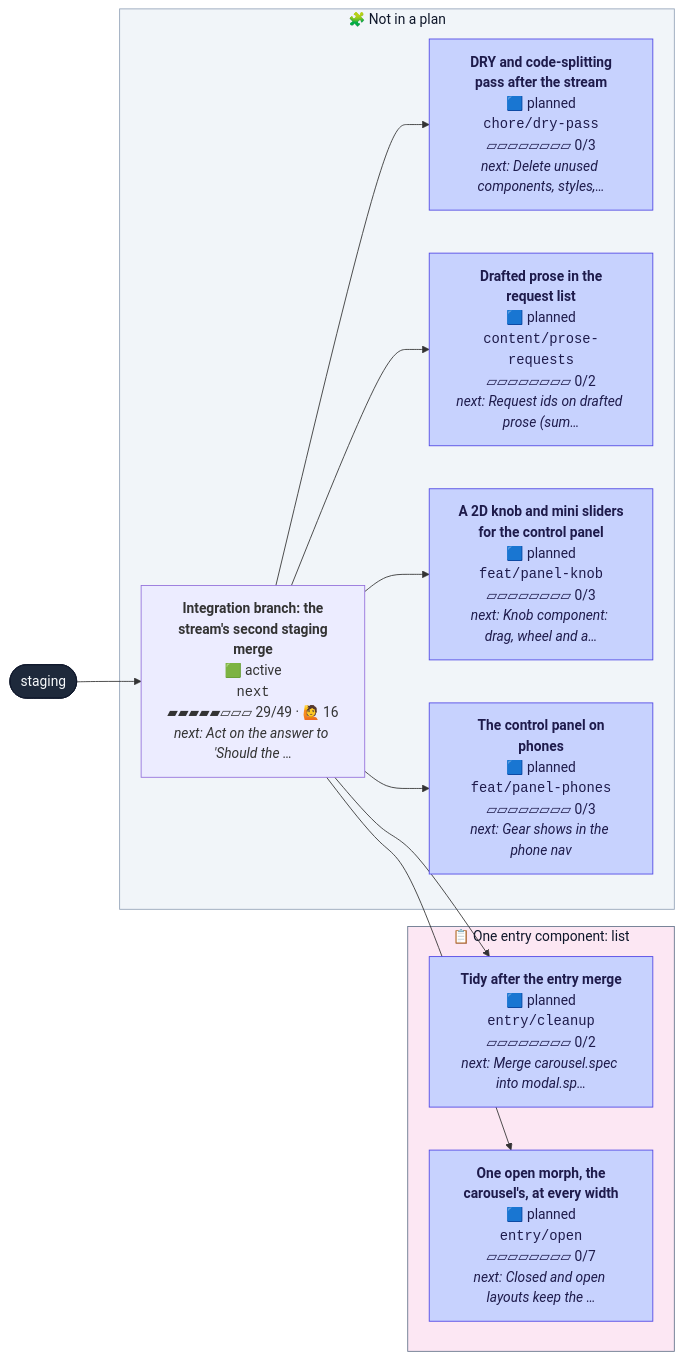
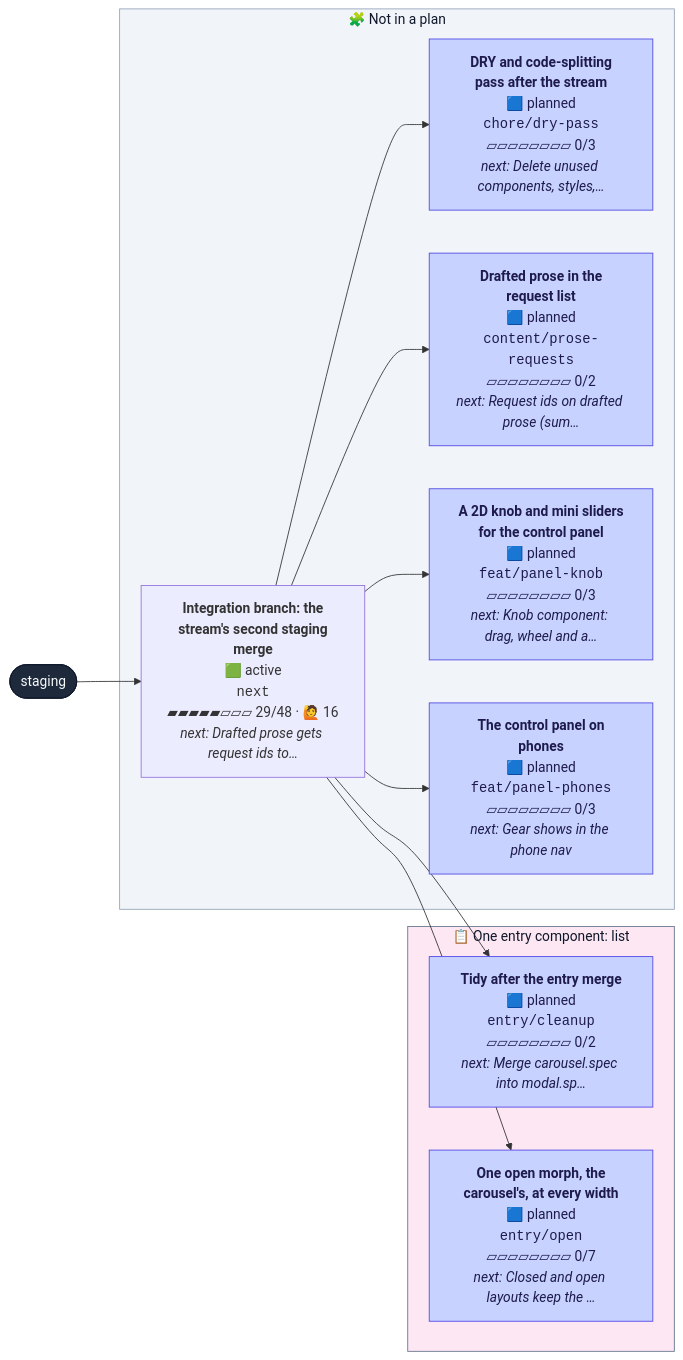
One commit to henryjonescodes/portfolio changed the second of 2 diagrams in CONTRIBUTING.md. Above: the diagram before and after it, drawn with Mermaid. The commit also changed other lines of this file, not shown here.

````diff
--- a/CONTRIBUTING.md
+++ b/CONTRIBUTING.md
@@ -63,41 +60,41 @@
 ```mermaid
 flowchart LR
   n_staging([staging])
   class n_staging trunk
   subgraph plan_1["📋 One entry component: list"]
     n_entry_cleanup["<b>Tidy after the entry merge</b><br/>🟦 planned<br/><code>entry/cleanup</code><br/>▱▱▱▱▱▱▱▱ 0/2<br/><i>next: Merge carousel.spec into modal.sp…</i>"]
     class n_entry_cleanup planned
     n_entry_open["<b>One open morph, the<br/>carousel's, at every width</b><br/>🟦 planned<br/><code>entry/open</code><br/>▱▱▱▱▱▱▱▱ 0/7<br/><i>next: Closed and open layouts keep the …</i>"]
     class n_entry_open planned
   end
   style plan_1 fill:#fce7f3,stroke:#64748b,color:#0f172a
   subgraph loose["🧩 Not in a plan"]
     n_chore_dry_pass["<b>DRY and code-splitting<br/>pass after the stream</b><br/>🟦 planned<br/><code>chore/dry-pass</code><br/>▱▱▱▱▱▱▱▱ 0/3<br/><i>next: Delete unused components, styles,…</i>"]
     class n_chore_dry_pass planned
     n_content_prose_requests["<b>Drafted prose in the<br/>request list</b><br/>🟦 planned<br/><code>content/prose-requests</code><br/>▱▱▱▱▱▱▱▱ 0/2<br/><i>next: Request ids on drafted prose (sum…</i>"]
     class n_content_prose_requests planned
     n_feat_panel_knob["<b>A 2D knob and mini sliders<br/>for the control panel</b><br/>🟦 planned<br/><code>feat/panel-knob</code><br/>▱▱▱▱▱▱▱▱ 0/3<br/><i>next: Knob component: drag, wheel and a…</i>"]
     class n_feat_panel_knob planned
     n_feat_panel_phones["<b>The control panel on<br/>phones</b><br/>🟦 planned<br/><code>feat/panel-phones</code><br/>▱▱▱▱▱▱▱▱ 0/3<br/><i>next: Gear shows in the phone nav</i>"]
     class n_feat_panel_phones planned
-    n_next["<b>Integration branch: the<br/>stream's second staging<br/>merge</b><br/>🟩 active<br/><code>next</code><br/>▰▰▰▰▰▱▱▱ 29/49 · 🙋 16<br/><i>next: Act on the answer to 'Should the …</i>"]
+    n_next["<b>Integration branch: the<br/>stream's second staging<br/>merge</b><br/>🟩 active<br/><code>next</code><br/>▰▰▰▰▰▱▱▱ 29/48 · 🙋 16<br/><i>next: Drafted prose gets request ids to…</i>"]
     class n_next active,current
   end
   style loose fill:#f1f5f9,stroke:#94a3b8,color:#0f172a
   n_next --> n_chore_dry_pass
   n_next --> n_content_prose_requests
   n_next --> n_entry_cleanup
   n_next --> n_entry_open
   n_next --> n_feat_panel_knob
   n_next --> n_feat_panel_phones
   n_staging --> n_next
   classDef merged fill:#dcfce7,stroke:#16a34a,color:#052e16
   classDef todo fill:#ffffff,stroke:#94a3b8,stroke-dasharray:2 2,color:#334155
   classDef planned fill:#c7d2fe,stroke:#4f46e5,color:#1e1b4b
   classDef sketched fill:#f8fafc,stroke:#64748b,stroke-dasharray:4 3,color:#334155
   classDef active fill:#bbf7d0,stroke:#16a34a,stroke-width:3px,color:#052e16
   classDef review fill:#fde68a,stroke:#d97706,stroke-width:3px,color:#451a03
   classDef blocked fill:#fecaca,stroke:#dc2626,stroke-width:3px,color:#450a0a
   classDef trunk fill:#1e293b,stroke:#0f172a,color:#f8fafc
   classDef current stroke:#0ea5e9,stroke-width:5px
 ```
````
